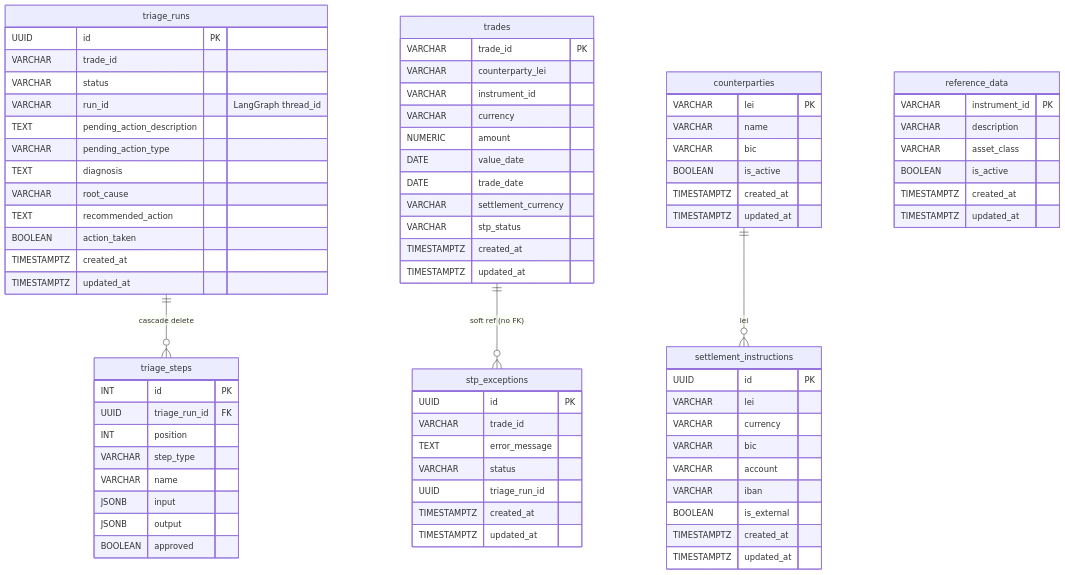
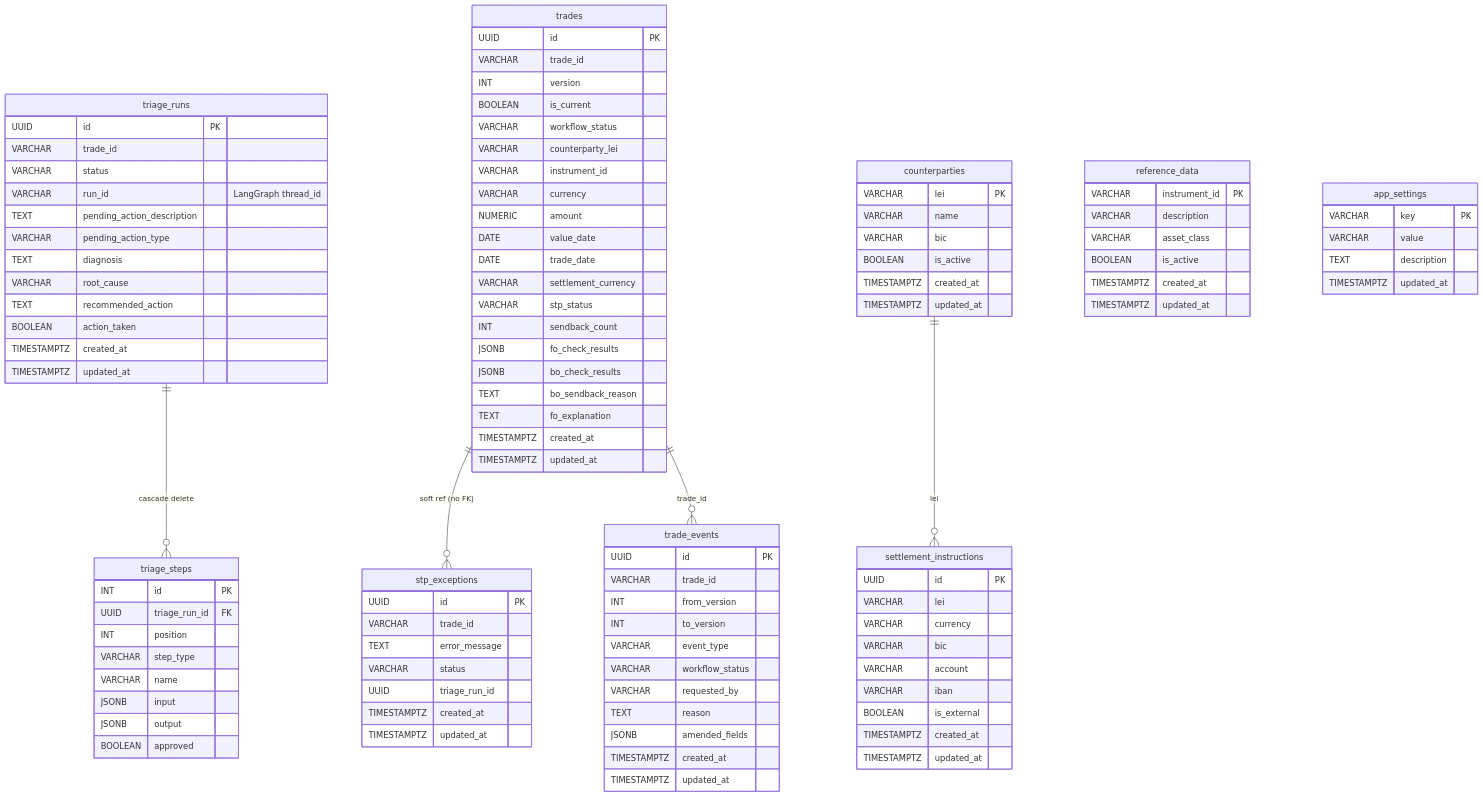
Before and after one commit to inash03/deep_agent_test: the eighth of 8 diagrams in docs/architecture.md, drawn with Mermaid. The commit also changed other lines of this file and 4 other files, not shown here.

First line of the commit message:
docs: update README/architecture/requirements for Phase 26-27

````diff
--- a/docs/architecture.md
+++ b/docs/architecture.md
@@ -260,7 +356,11 @@
         BOOLEAN approved
     }
     trades {
-        VARCHAR trade_id PK
+        UUID id PK
+        VARCHAR trade_id
+        INT version
+        BOOLEAN is_current
+        VARCHAR workflow_status
         VARCHAR counterparty_lei
         VARCHAR instrument_id
         VARCHAR currency
@@ -269,6 +369,11 @@
         DATE trade_date
         VARCHAR settlement_currency
         VARCHAR stp_status
+        INT sendback_count
+        JSONB fo_check_results
+        JSONB bo_check_results
+        TEXT bo_sendback_reason
+        TEXT fo_explanation
         TIMESTAMPTZ created_at
         TIMESTAMPTZ updated_at
     }
@@ -308,8 +413,28 @@
         TIMESTAMPTZ created_at
         TIMESTAMPTZ updated_at
     }
+    trade_events {
+        UUID id PK
+        VARCHAR trade_id
+        INT from_version
+        INT to_version
+        VARCHAR event_type
+        VARCHAR workflow_status
+        VARCHAR requested_by
+        TEXT reason
+        JSONB amended_fields
+        TIMESTAMPTZ created_at
+        TIMESTAMPTZ updated_at
+    }
+    app_settings {
+        VARCHAR key PK
+        VARCHAR value
+        TEXT description
+        TIMESTAMPTZ updated_at
+    }
 
     triage_runs ||--o{ triage_steps : "cascade delete"
     trades ||--o{ stp_exceptions : "soft ref (no FK)"
     counterparties ||--o{ settlement_instructions : "lei"
+    trades ||--o{ trade_events : "trade_id"
 ```
````
